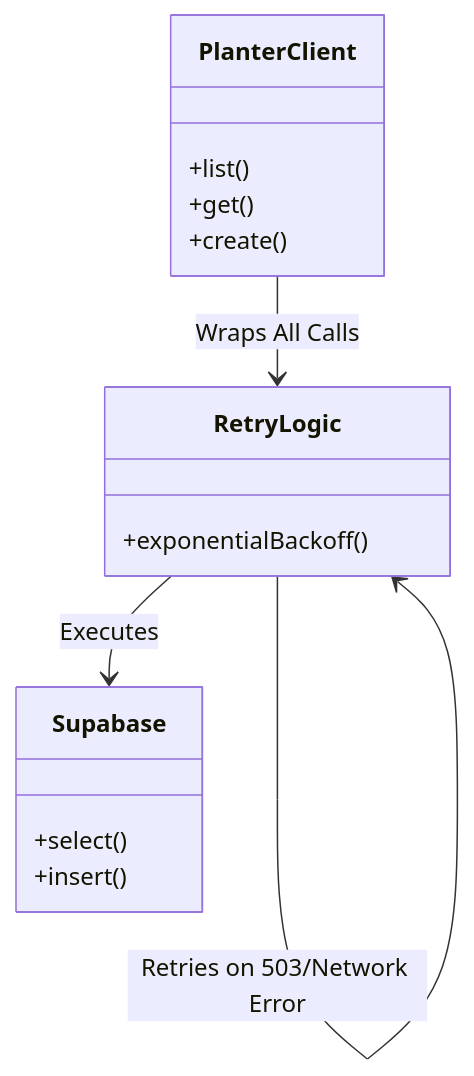
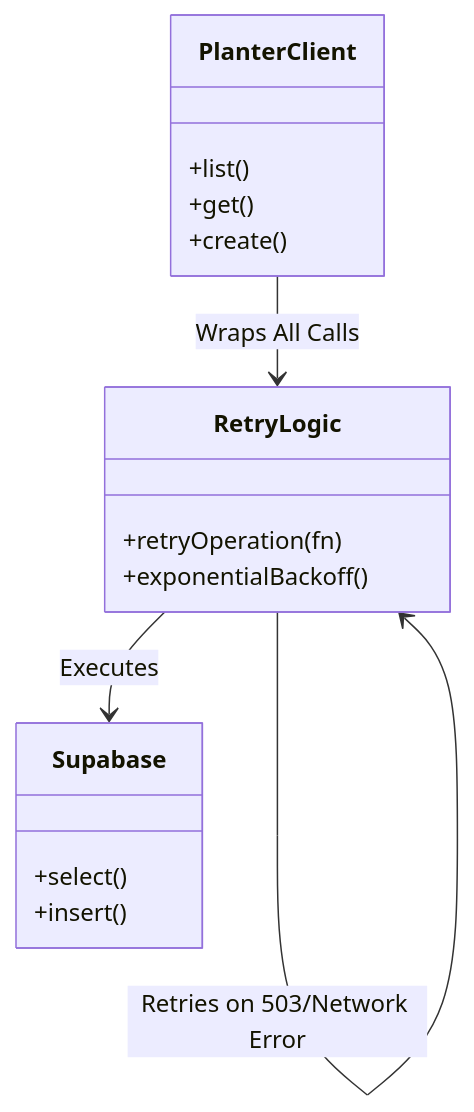
The first of 3 diagrams in PR_DESCRIPTION_DRAFT.md (JoelA510/PlanterPlan-Alpha), drawn with Mermaid before and after one commit. The commit also changed other lines of this file and 2 other files, not shown here.

````diff
--- a/PR_DESCRIPTION_DRAFT.md
+++ b/PR_DESCRIPTION_DRAFT.md
@@ -268,19 +35,20 @@
 ```mermaid
 classDiagram
     class Supabase {
         +select()
         +insert()
     }
     class PlanterClient {
         +list()
         +get()
         +create()
     }
     class RetryLogic {
+        +retryOperation(fn)
         +exponentialBackoff()
     }
 
     PlanterClient --> RetryLogic : Wraps All Calls
     RetryLogic --> Supabase : Executes
     RetryLogic --> RetryLogic : Retries on 503/Network Error
 ```
````
